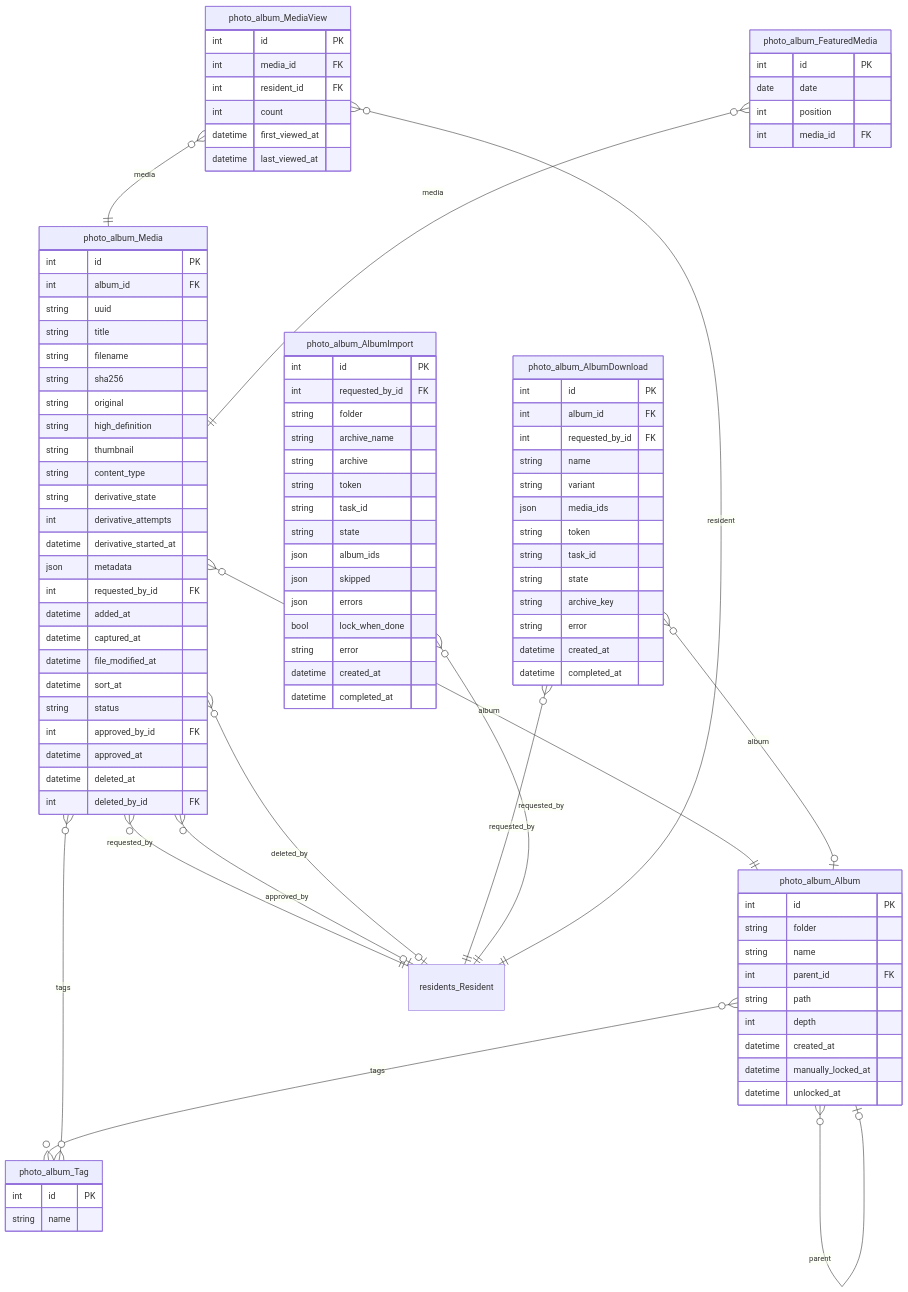
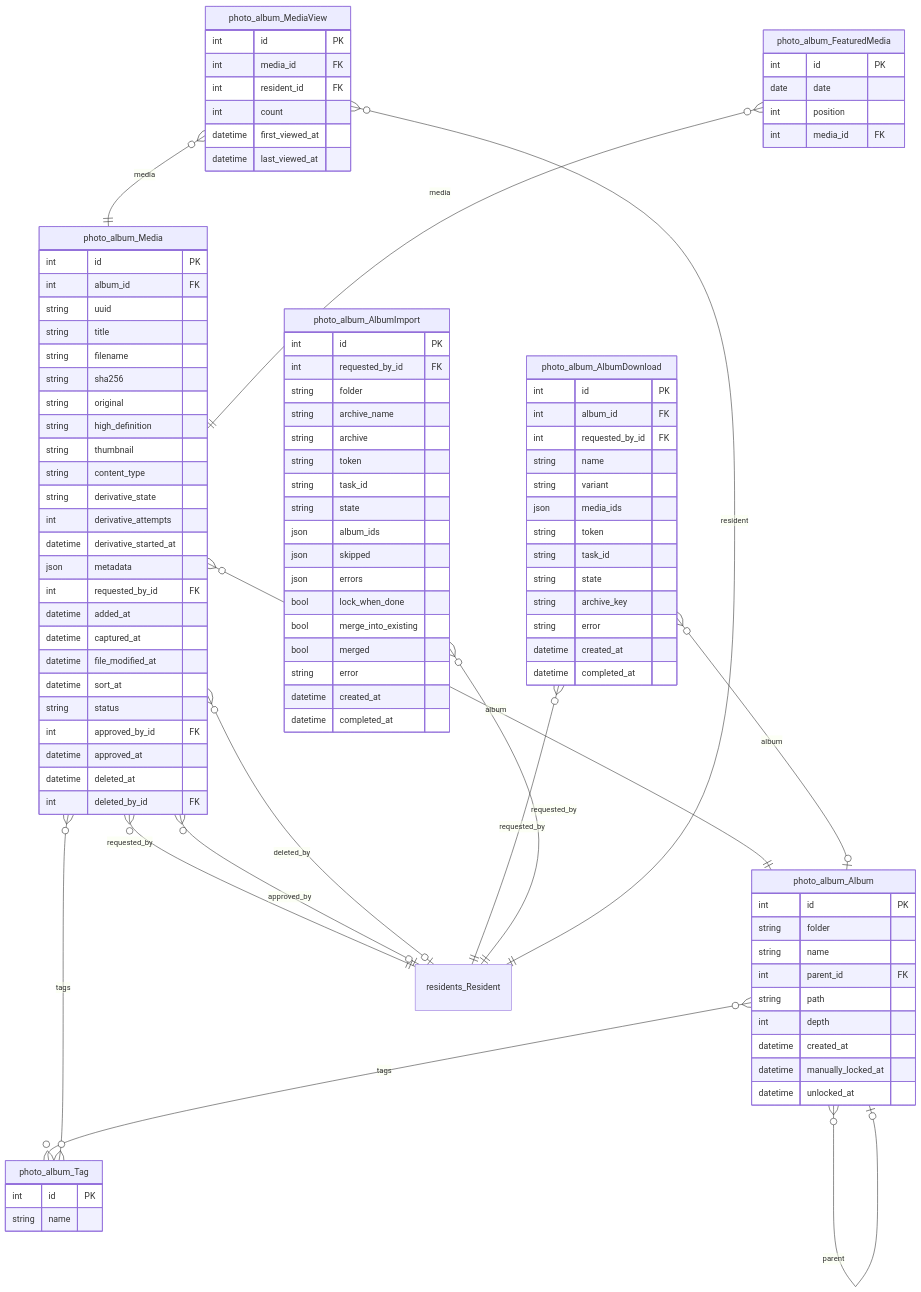
Before and after one commit to GAHK-org/gahk_intern: diagram 11 of 15 in docs/erd.md, drawn with Mermaid. The commit also changed other lines of this file and 8 other files, not shown here.

```diff
--- a/docs/erd.md
+++ b/docs/erd.md
@@ -1337,6 +1339,8 @@
         json skipped
         json errors
         bool lock_when_done
+        bool merge_into_existing
+        bool merged
         string error
         datetime created_at
         datetime completed_at
```
